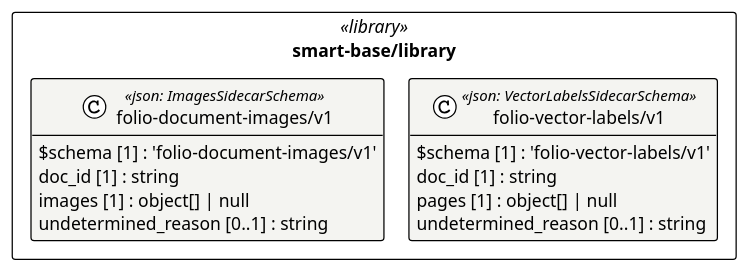
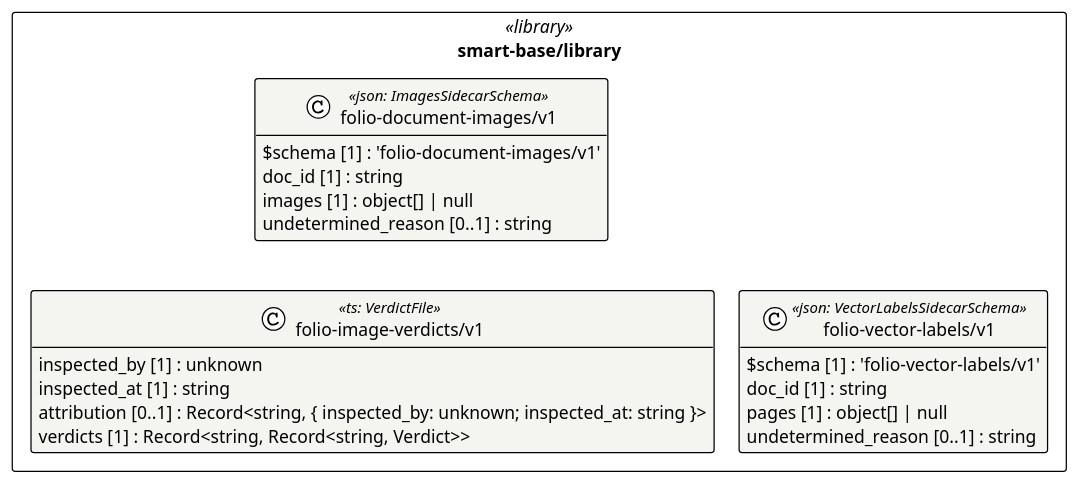
One commit to litlfred/folio-assistant changed the diagram in cat-harness/uml/overview/smart-base/library.puml. Above: the diagram before and after it, drawn with PlantUML. The commit also changed 330 other files, not shown here.

```diff
--- a/cat-harness/uml/overview/smart-base/library.puml
+++ b/cat-harness/uml/overview/smart-base/library.puml
@@ -3,24 +3,30 @@
 @startuml smart_base_library
 !pragma layout elk
 !theme plain
 skinparam classAttributeIconSize 0
 skinparam shadowing false
 skinparam packageStyle rectangle
 hide empty methods
 
 package "smart-base/library" as pkg_smart_base_library <<library>> {
   class "folio-document-images/v1" as smart_base_library_folio_document_images_v1_folio_document_images_v1 <<json: ImagesSidecarSchema>> #f4f4f1 {
     $schema [1] : 'folio-document-images/v1'
     doc_id [1] : string
     images [1] : object[] | null
     undetermined_reason [0..1] : string
   }
+  class "folio-image-verdicts/v1" as smart_base_library_folio_image_verdicts_v1 <<ts: VerdictFile>> #f4f4f1 {
+    inspected_by [1] : unknown
+    inspected_at [1] : string
+    attribution [0..1] : Record<string, { inspected_by: unknown; inspected_at: string }>
+    verdicts [1] : Record<string, Record<string, Verdict>>
+  }
   class "folio-vector-labels/v1" as smart_base_library_folio_vector_labels_v1_folio_vector_labels_v1 <<json: VectorLabelsSidecarSchema>> #f4f4f1 {
     $schema [1] : 'folio-vector-labels/v1'
     doc_id [1] : string
     pages [1] : object[] | null
     undetermined_reason [0..1] : string
   }
 }
 
 @enduml
```
